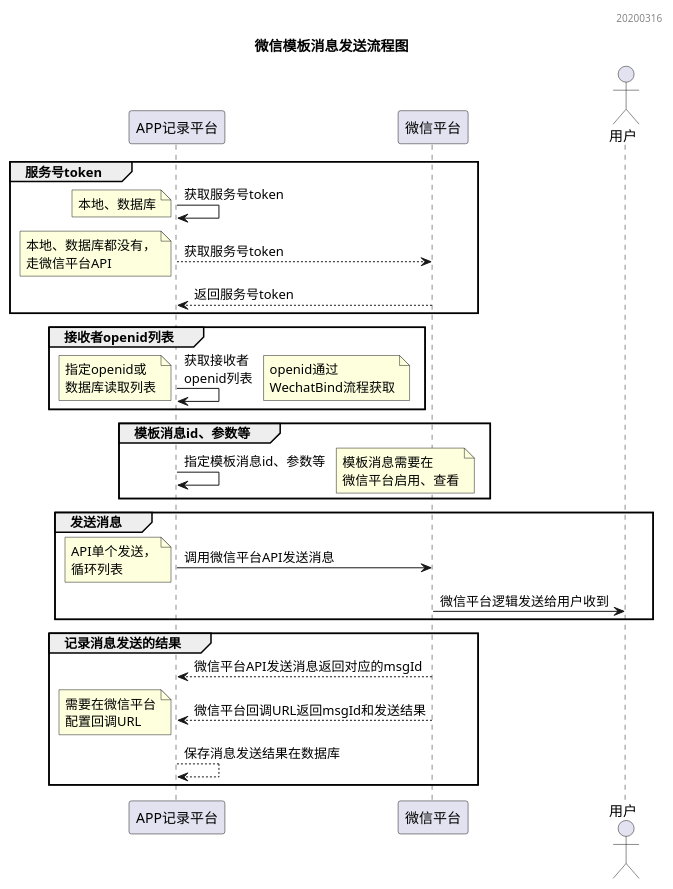
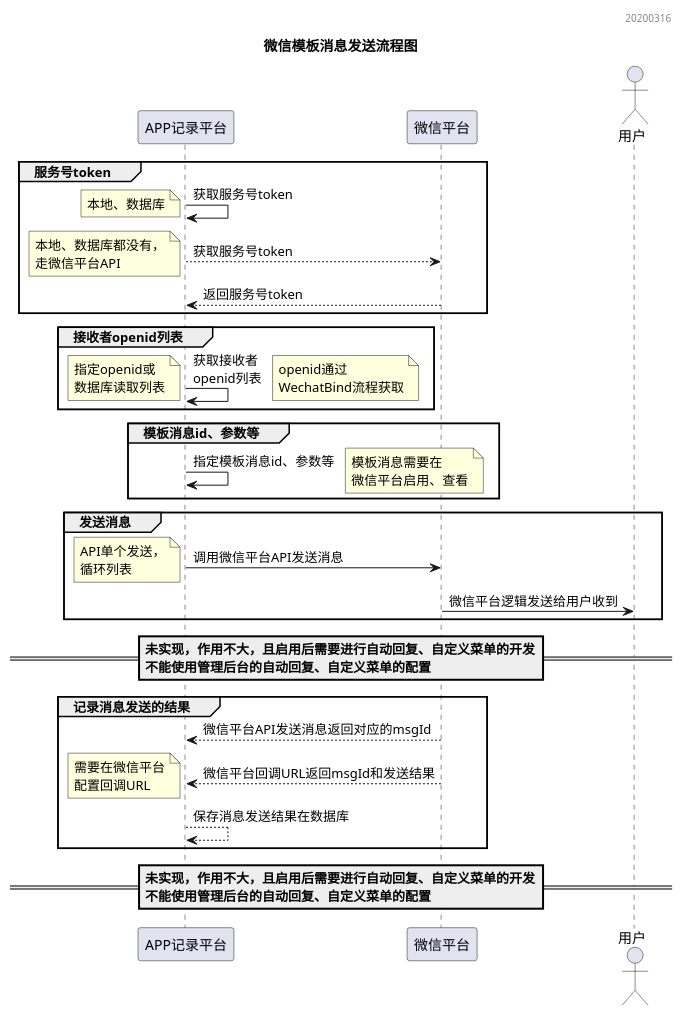
The diagram in puml/WechatMsg.puml (yuqiyich/chat_server), drawn with PlantUML before and after one commit. The commit also changed 4 other files, not shown here.

```diff
--- a/puml/WechatMsg.puml
+++ b/puml/WechatMsg.puml
@@ -3,43 +3,47 @@
 @startuml
 
 header 20200316
 
 title 微信模板消息发送流程图
 
 participant APP记录平台
 participant 微信平台
 actor 用户
 
 group 服务号token
 APP记录平台 -> APP记录平台 : 获取服务号token
 note left : 本地、数据库
 APP记录平台 --> 微信平台 : 获取服务号token
 note left : 本地、数据库都没有，\n走微信平台API
 APP记录平台 <-- 微信平台 : 返回服务号token
 end
 
 group 接收者openid列表
 APP记录平台 -> APP记录平台 : 获取接收者\nopenid列表
 note left : 指定openid或\n数据库读取列表
 note right : openid通过\nWechatBind流程获取
 end
 
 group 模板消息id、参数等
 APP记录平台 -> APP记录平台 : 指定模板消息id、参数等
 note right : 模板消息需要在\n微信平台启用、查看
 end
 
 group 发送消息
 APP记录平台 -> 微信平台 : 调用微信平台API发送消息
 note left : API单个发送，\n循环列表
 微信平台 -> 用户 : 微信平台逻辑发送给用户收到
 end
 
+==未实现，作用不大，且启用后需要进行自动回复、自定义菜单的开发\n不能使用管理后台的自动回复、自定义菜单的配置==
+
 group 记录消息发送的结果
 微信平台 --> APP记录平台 : 微信平台API发送消息返回对应的msgId
 微信平台 --> APP记录平台 : 微信平台回调URL返回msgId和发送结果
 note left : 需要在微信平台\n配置回调URL
 APP记录平台 --> APP记录平台 : 保存消息发送结果在数据库
 end
 
+==未实现，作用不大，且启用后需要进行自动回复、自定义菜单的开发\n不能使用管理后台的自动回复、自定义菜单的配置==
+
 @enduml
```
